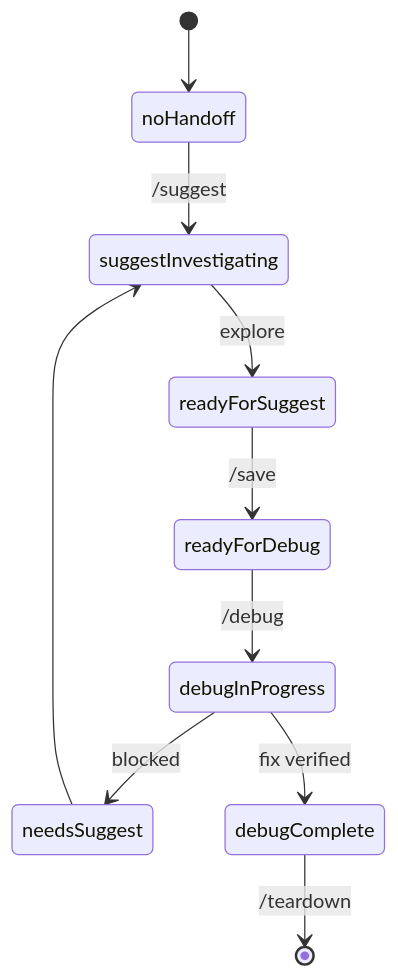
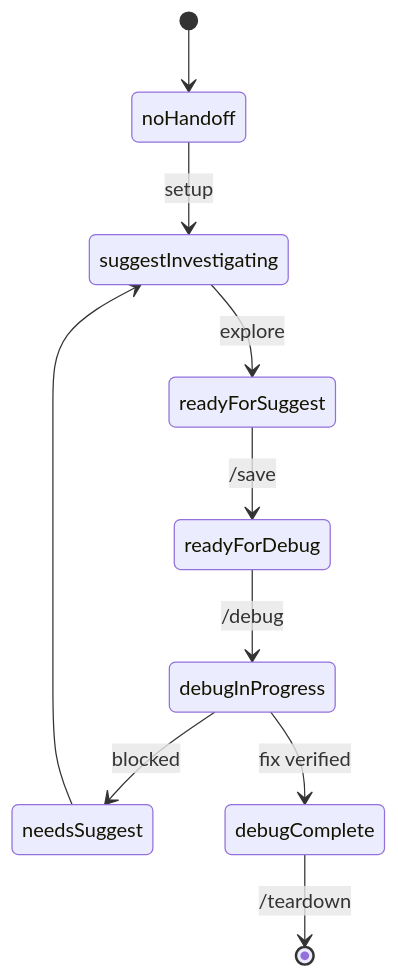
The first of 3 diagrams in docs/design.md (liitx/claudart), drawn with Mermaid before and after one commit. The commit also changed other lines of this file and 2 other files, not shown here.

First line of the commit message:
docs(readme): architecture guide, generated state diagram, code-to-README drift tests

````diff
--- a/docs/design.md
+++ b/docs/design.md
@@ -90,12 +91,12 @@
 ```mermaid
 stateDiagram-v2
   [*] --> noHandoff
-  noHandoff --> suggestInvestigating: /suggest
+  noHandoff --> suggestInvestigating: setup
   suggestInvestigating --> readyForSuggest: explore
   readyForSuggest --> readyForDebug: /save
   readyForDebug --> debugInProgress: /debug
   debugInProgress --> needsSuggest: blocked
   needsSuggest --> suggestInvestigating
   debugInProgress --> debugComplete: fix verified
   debugComplete --> [*]: /teardown
 ```
````
